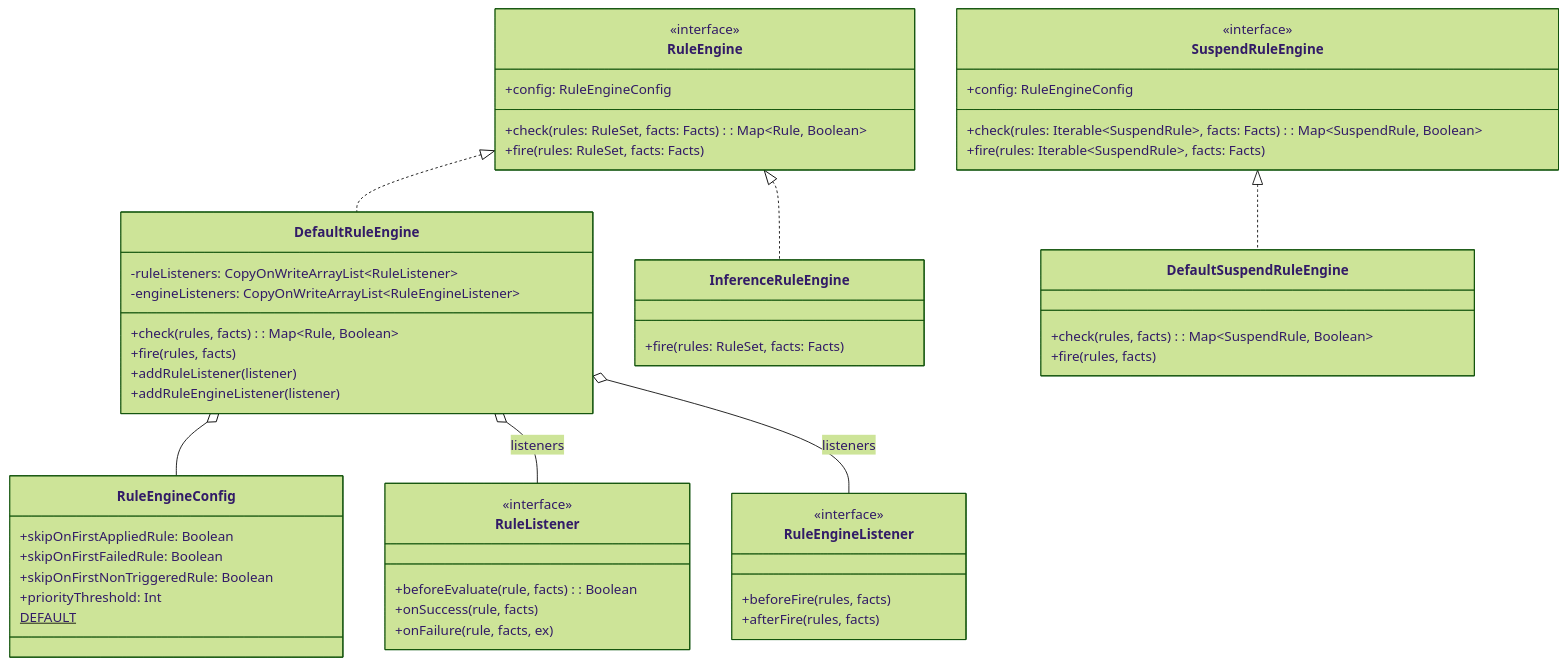
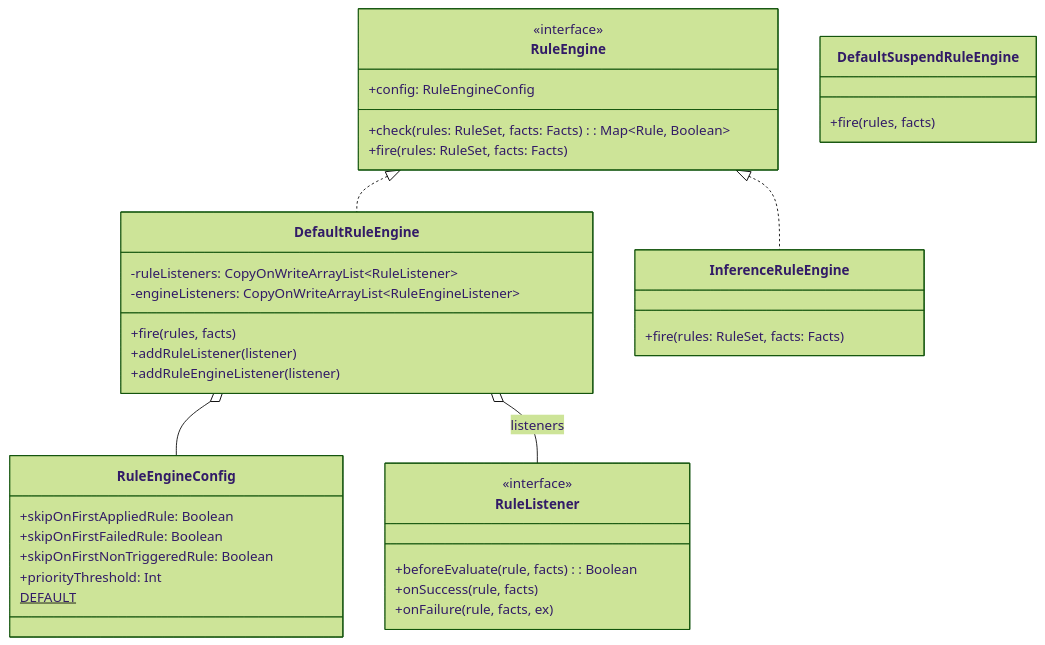
One commit to bluetape4k/bluetape4k-projects changed the third of 7 diagrams in utils/rule-engine/README.ko.md. Above: the diagram before and after it, drawn with Mermaid (forest theme). The commit also changed other lines of this file and 14 other files, not shown here.

````diff
--- a/utils/rule-engine/README.ko.md
+++ b/utils/rule-engine/README.ko.md
@@ -273,62 +121,45 @@
 ```mermaid
 classDiagram
     class RuleEngine {
         <<interface>>
         +config: RuleEngineConfig
         +check(rules: RuleSet, facts: Facts): Map~Rule, Boolean~
         +fire(rules: RuleSet, facts: Facts)
     }
 
-    class SuspendRuleEngine {
-        <<interface>>
-        +config: RuleEngineConfig
-        +check(rules: Iterable~SuspendRule~, facts: Facts): Map~SuspendRule, Boolean~
-        +fire(rules: Iterable~SuspendRule~, facts: Facts)
-    }
-
     class DefaultRuleEngine {
         -ruleListeners: CopyOnWriteArrayList~RuleListener~
         -engineListeners: CopyOnWriteArrayList~RuleEngineListener~
-        +check(rules, facts): Map~Rule, Boolean~
         +fire(rules, facts)
         +addRuleListener(listener)
         +addRuleEngineListener(listener)
     }
 
     class DefaultSuspendRuleEngine {
-        +check(rules, facts): Map~SuspendRule, Boolean~
         +fire(rules, facts)
     }
 
     class InferenceRuleEngine {
         +fire(rules: RuleSet, facts: Facts)
     }
 
     class RuleEngineConfig {
         +skipOnFirstAppliedRule: Boolean
         +skipOnFirstFailedRule: Boolean
         +skipOnFirstNonTriggeredRule: Boolean
         +priorityThreshold: Int
         DEFAULT$
     }
 
     class RuleListener {
         <<interface>>
         +beforeEvaluate(rule, facts): Boolean
         +onSuccess(rule, facts)
         +onFailure(rule, facts, ex)
     }
 
-    class RuleEngineListener {
-        <<interface>>
-        +beforeFire(rules, facts)
-        +afterFire(rules, facts)
-    }
-
     RuleEngine <|.. DefaultRuleEngine
     RuleEngine <|.. InferenceRuleEngine
-    SuspendRuleEngine <|.. DefaultSuspendRuleEngine
     DefaultRuleEngine o-- RuleEngineConfig
     DefaultRuleEngine o-- RuleListener : listeners
-    DefaultRuleEngine o-- RuleEngineListener : listeners
 ```
````
